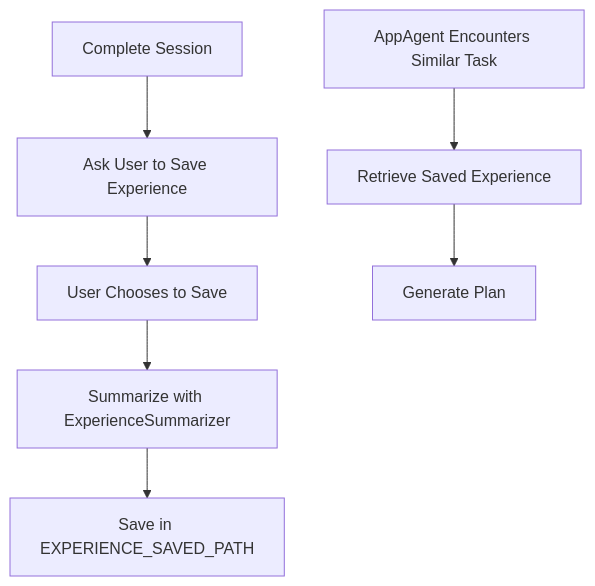
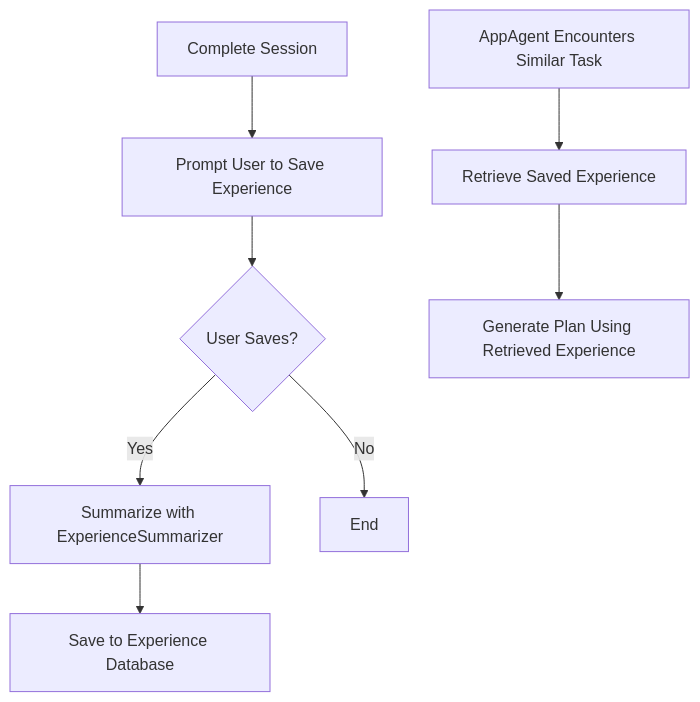
The diagram in documents/docs/ufo2/core_features/knowledge_substrate/experience_learning.md (microsoft/UFO), drawn with Mermaid before and after one commit. The commit also changed other lines of this file and 32 other files, not shown here.

````diff
--- a/documents/docs/ufo2/core_features/knowledge_substrate/experience_learning.md
+++ b/documents/docs/ufo2/core_features/knowledge_substrate/experience_learning.md
@@ -33,9 +7,10 @@
 ```mermaid
-graph TD;
-    A[Complete Session] --> B[Ask User to Save Experience]
-    B --> C[User Chooses to Save]
-    C --> D[Summarize with ExperienceSummarizer]
-    D --> E[Save in EXPERIENCE_SAVED_PATH]
+graph TD
+    A[Complete Session] --> B[Prompt User to Save Experience]
+    B --> C{User Saves?}
+    C -->|Yes| D[Summarize with ExperienceSummarizer]
+    C -->|No| I[End]
+    D --> E[Save to Experience Database]
     F[AppAgent Encounters Similar Task] --> G[Retrieve Saved Experience]
-    G --> H[Generate Plan]
+    G --> H[Generate Plan Using Retrieved Experience]
 ```
````
